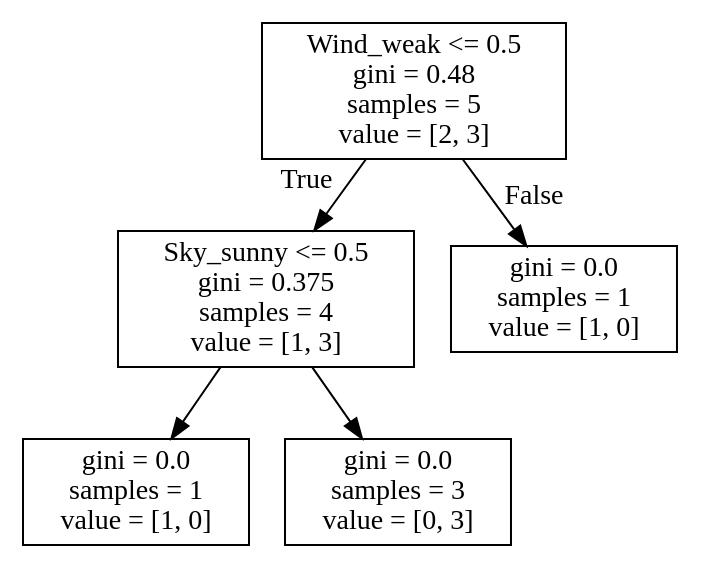
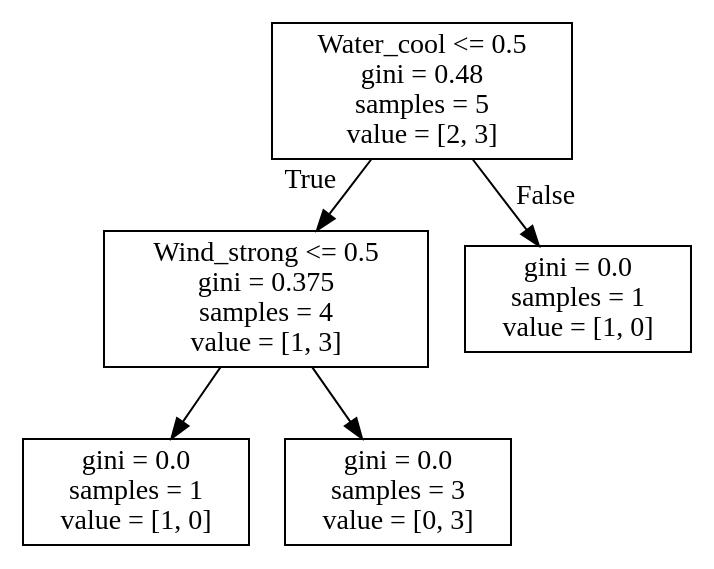
One commit to Zjoszjos/Foundations-of-Data-Mining-1 changed the diagram in tree.dot. Above: the diagram before and after it, drawn with Graphviz. The commit also changed 2 other files, not shown here.

```diff
--- a/tree.dot
+++ b/tree.dot
@@ -1,12 +1,12 @@
 digraph Tree {
 node [shape=box] ;
-0 [label="Wind_weak <= 0.5\ngini = 0.48\nsamples = 5\nvalue = [2, 3]"] ;
-1 [label="Sky_sunny <= 0.5\ngini = 0.375\nsamples = 4\nvalue = [1, 3]"] ;
+0 [label="Water_cool <= 0.5\ngini = 0.48\nsamples = 5\nvalue = [2, 3]"] ;
+1 [label="Wind_strong <= 0.5\ngini = 0.375\nsamples = 4\nvalue = [1, 3]"] ;
 0 -> 1 [labeldistance=2.5, labelangle=45, headlabel="True"] ;
 2 [label="gini = 0.0\nsamples = 1\nvalue = [1, 0]"] ;
 1 -> 2 ;
 3 [label="gini = 0.0\nsamples = 3\nvalue = [0, 3]"] ;
 1 -> 3 ;
 4 [label="gini = 0.0\nsamples = 1\nvalue = [1, 0]"] ;
 0 -> 4 [labeldistance=2.5, labelangle=-45, headlabel="False"] ;
 }
```
